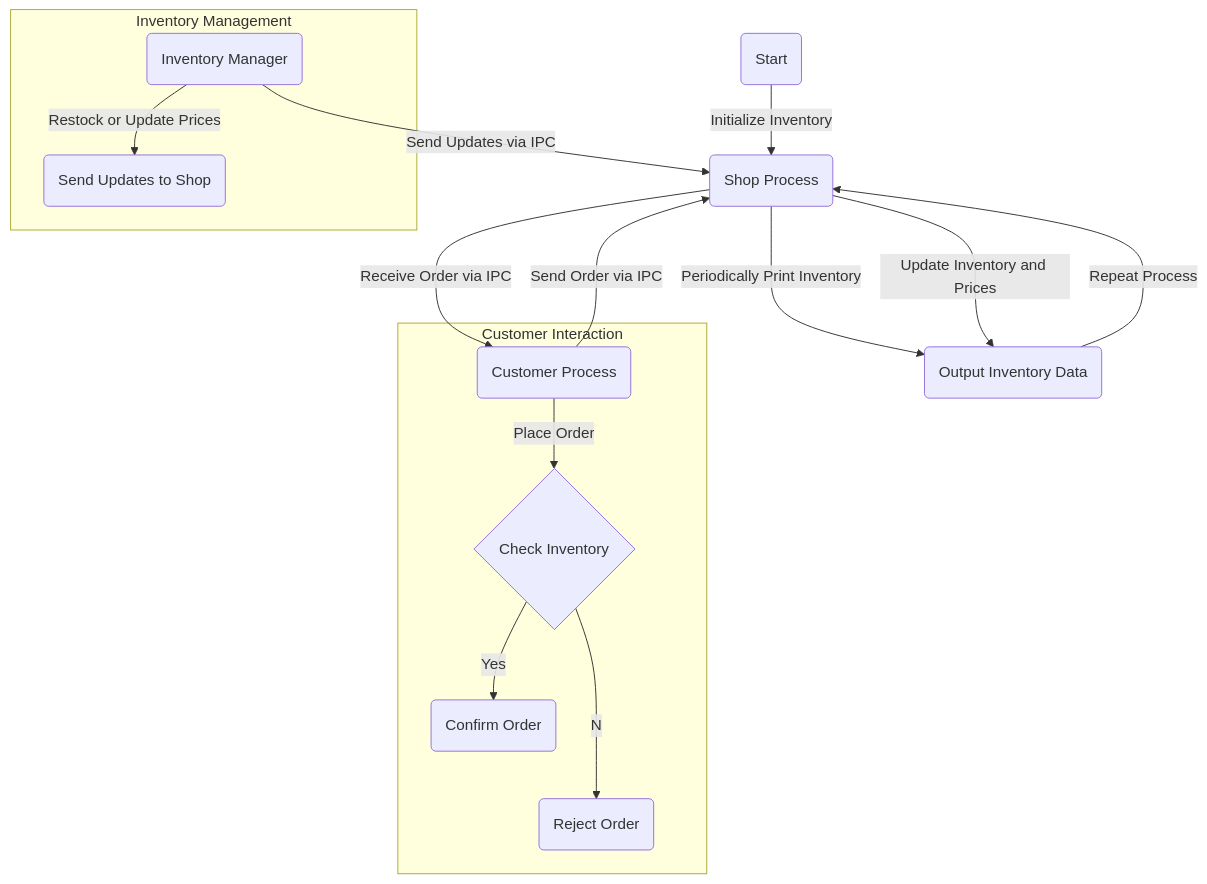
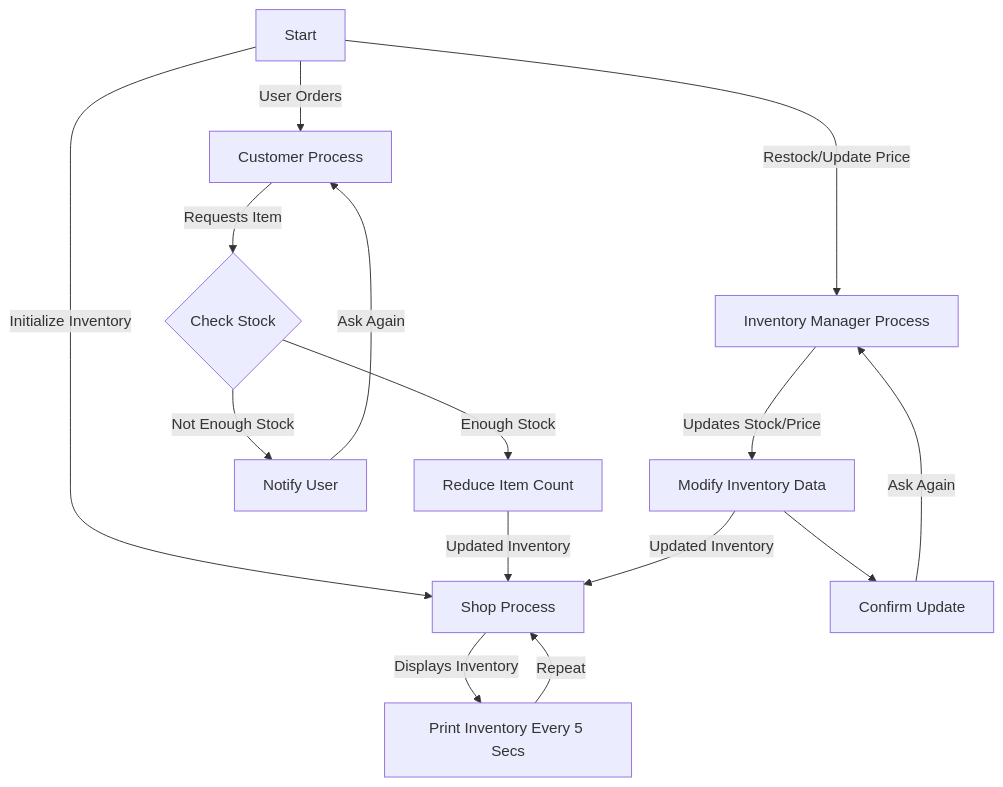
The diagram in clothes_shop/README.md (MinaSaad123/Radom-projects), drawn with Mermaid before and after one commit. The commit also changed other lines of this file, not shown here.

````diff
--- a/clothes_shop/README.md
+++ b/clothes_shop/README.md
@@ -16,22 +17,22 @@
 ```mermaid
 
 graph TD;
-    A(Start) -->|Initialize Inventory| B(Shop Process);
-    B -->|Periodically Print Inventory| C(Output Inventory Data);
+    Start -->|Initialize Inventory| Shop[Shop Process]
+    Start -->|User Orders| Customer[Customer Process]
+    Start -->|Restock/Update Price| Manager[Inventory Manager Process]
     
-    subgraph Customer Interaction
-        D(Customer Process) -->|Place Order| E{Check Inventory};
-        E --Yes--> F(Confirm Order);
-        E --No--> G(Reject Order);
-    end
+    Shop -->|Displays Inventory| Display[Print Inventory Every 5 Secs]
+    Customer -->|Requests Item| CheckStock{Check Stock}
+    CheckStock -- Enough Stock --> UpdateStock[Reduce Item Count]
+    CheckStock -- Not Enough Stock --> Notify[Notify User]
     
-    subgraph Inventory Management
-        H(Inventory Manager) -->|Restock or Update Prices| I(Send Updates to Shop);
-    end
+    Manager -->|Updates Stock/Price| ModifyInventory[Modify Inventory Data]
+    ModifyInventory --> NotifyManager[Confirm Update]
     
-    D -->|Send Order via IPC| B;
-    B -->|Receive Order via IPC| D;
-    H -->|Send Updates via IPC| B;
-    B -->|Update Inventory and Prices| C;
-    C -->|Repeat Process| B;
+    UpdateStock -->|Updated Inventory| Shop
+    ModifyInventory -->|Updated Inventory| Shop
+
+    Display -->|Repeat| Shop
+    Notify -->|Ask Again| Customer
+    NotifyManager -->|Ask Again| Manager
 ```
````
